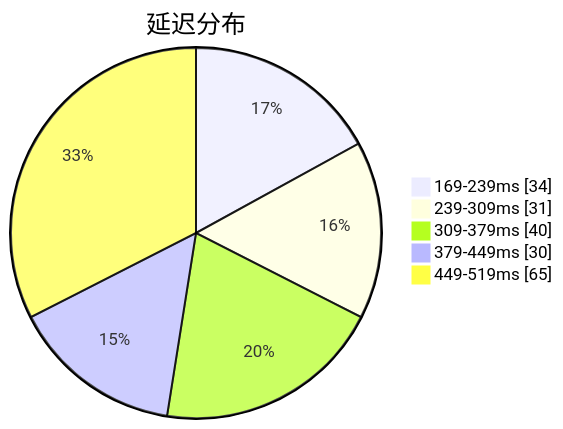
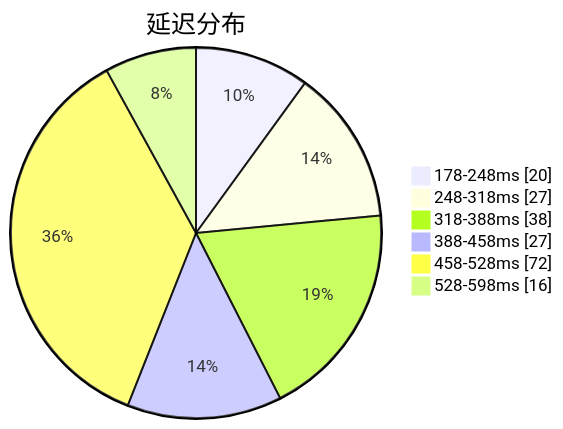
One commit to qjlxg/airport changed the first of 3 diagrams in subs/statistics/tested_within.md. Above: the diagram before and after it, drawn with Mermaid. The commit also changed other lines of this file and 2 other files, not shown here.

````diff
--- a/subs/statistics/tested_within.md
+++ b/subs/statistics/tested_within.md
@@ -2,9 +2,10 @@
 ```mermaid
 pie showData
 title 延迟分布
-"169-239ms" : 34
-"239-309ms" : 31
-"309-379ms" : 40
-"379-449ms" : 30
-"449-519ms" : 65
+"178-248ms" : 20
+"248-318ms" : 27
+"318-388ms" : 38
+"388-458ms" : 27
+"458-528ms" : 72
+"528-598ms" : 16
 ```
````
